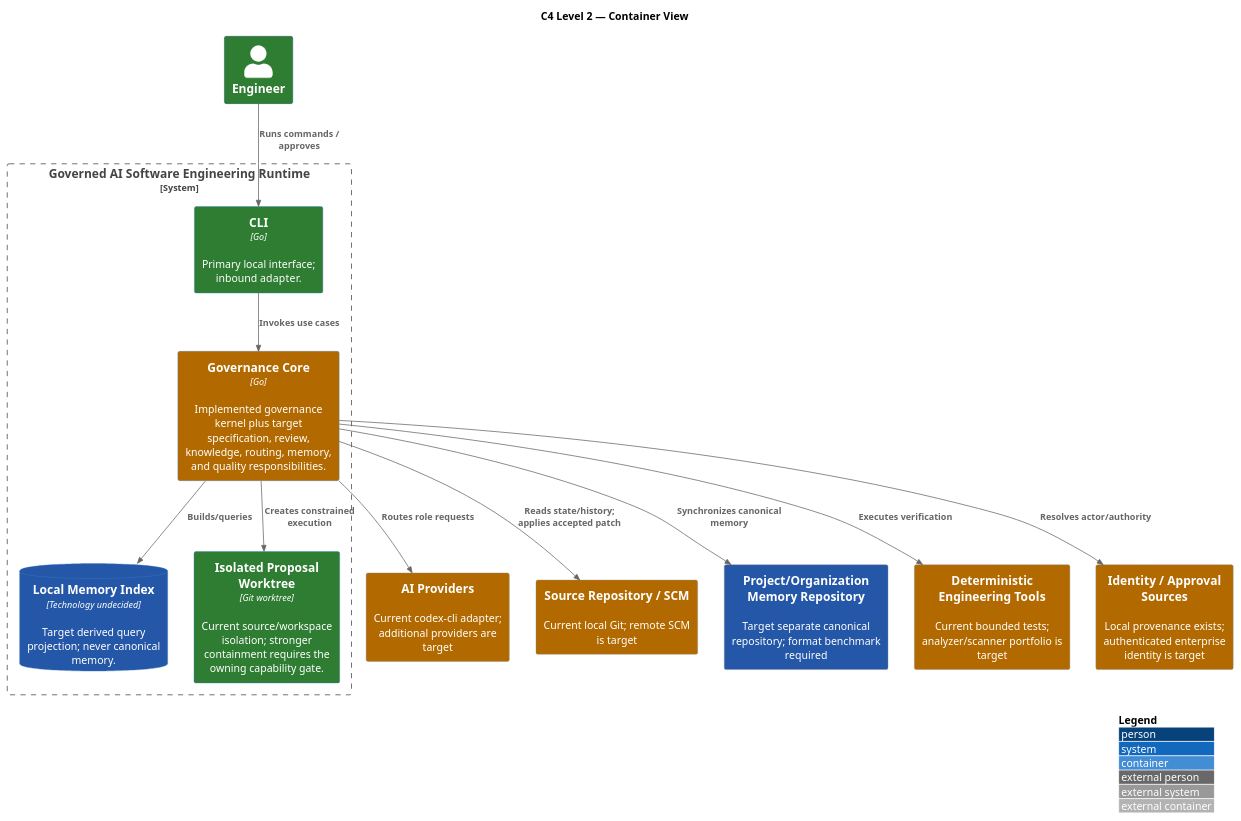
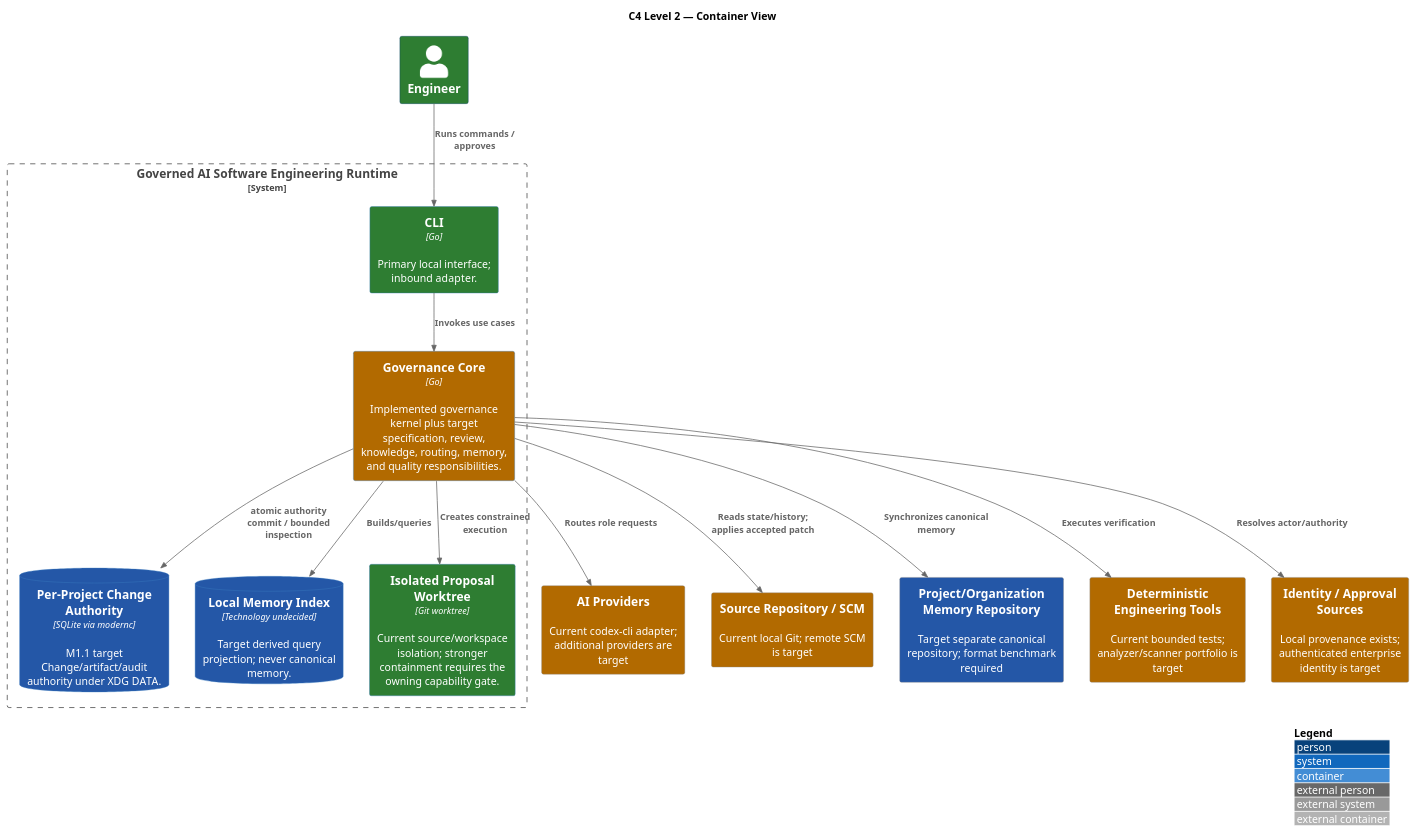
Before and after one commit to Eu-Pedro0ficial/praetor: the diagram in docs/architecture/src/docs/arc42/diagrams/c4-container.puml, drawn with PlantUML. The commit also changed 37 other files, not shown here.

Commit message:
docs(m1.1): establish durable change architecture authority

```diff
--- a/docs/architecture/src/docs/arc42/diagrams/c4-container.puml
+++ b/docs/architecture/src/docs/arc42/diagrams/c4-container.puml
@@ -1,30 +1,32 @@
 @startuml
 !include <C4/C4_Container>
 AddElementTag("AS-IS", $bgColor="#2E7D32", $fontColor="#FFFFFF", $legendText="AS-IS")
 AddElementTag("PARTIAL", $bgColor="#B26A00", $fontColor="#FFFFFF", $legendText="PARTIAL")
 AddElementTag("TARGET", $bgColor="#2457A7", $fontColor="#FFFFFF", $legendText="TARGET")
 AddElementTag("DEFERRED", $bgColor="#6A5A78", $fontColor="#FFFFFF", $legendText="DEFERRED")
 LAYOUT_WITH_LEGEND()
 title C4 Level 2 — Container View
 Person(engineer, "Engineer", $tags="AS-IS")
 System_Boundary(system, "Governed AI Software Engineering Runtime") {
   Container(cli, "CLI", "Go", "Primary local interface; inbound adapter.", $tags="AS-IS")
   Container(core, "Governance Core", "Go", "Implemented governance kernel plus target specification, review, knowledge, routing, memory, and quality responsibilities.", $tags="PARTIAL")
+  ContainerDb(changeStore, "Per-Project Change Authority", "SQLite via modernc", "M1.1 target Change/artifact/audit authority under XDG DATA.", $tags="TARGET")
   ContainerDb(index, "Local Memory Index", "Technology undecided", "Target derived query projection; never canonical memory.", $tags="TARGET")
   Container(sandbox, "Isolated Proposal Worktree", "Git worktree", "Current source/workspace isolation; stronger containment requires the owning capability gate.", $tags="AS-IS")
 }
 System_Ext(ai, "AI Providers", "Current codex-cli adapter; additional providers are target", $tags="PARTIAL")
 System_Ext(src, "Source Repository / SCM", "Current local Git; remote SCM is target", $tags="PARTIAL")
 System_Ext(mem, "Project/Organization Memory Repository", "Target separate canonical repository; format benchmark required", $tags="TARGET")
 System_Ext(tools, "Deterministic Engineering Tools", "Current bounded tests; analyzer/scanner portfolio is target", $tags="PARTIAL")
 System_Ext(idp, "Identity / Approval Sources", "Local provenance exists; authenticated enterprise identity is target", $tags="PARTIAL")
 Rel(engineer, cli, "Runs commands / approves")
 Rel(cli, core, "Invokes use cases")
+Rel(core, changeStore, "atomic authority commit / bounded inspection")
 Rel(core, index, "Builds/queries")
 Rel(core, sandbox, "Creates constrained execution")
 Rel(core, ai, "Routes role requests")
 Rel(core, src, "Reads state/history; applies accepted patch")
 Rel(core, mem, "Synchronizes canonical memory")
 Rel(core, tools, "Executes verification")
 Rel(core, idp, "Resolves actor/authority")
 @enduml
```
